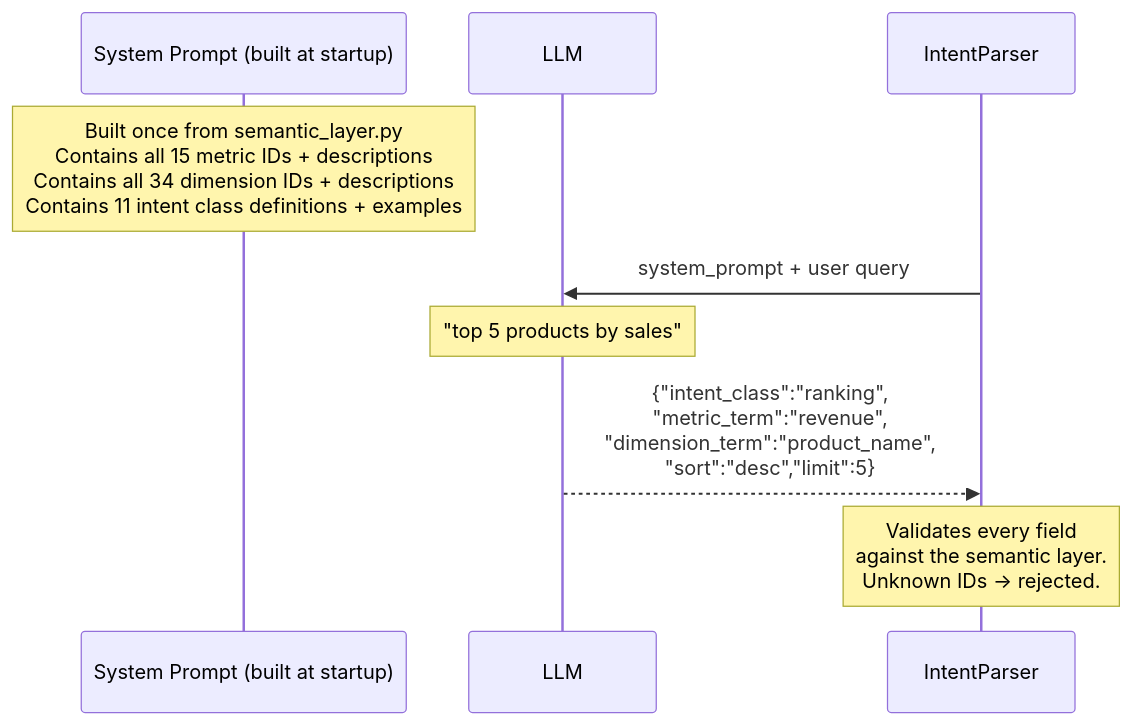
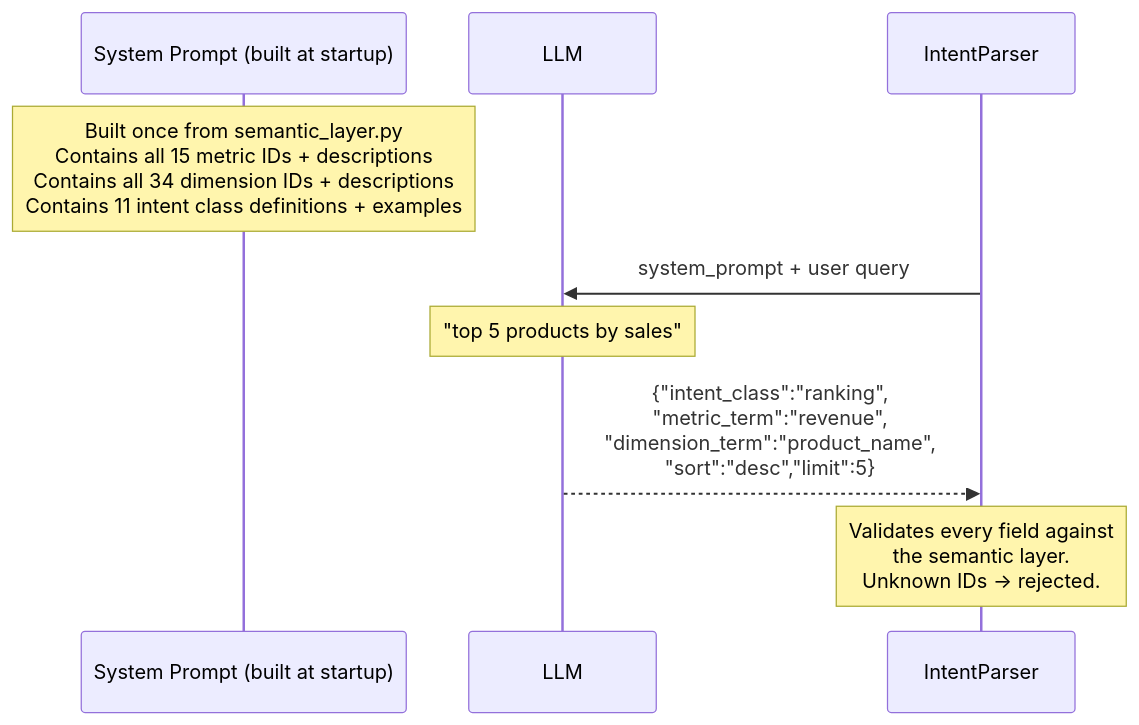
Before and after one commit to md-riaz/AEGIS-Research: the fifth of 9 diagrams in EXPLAINER.md, drawn with Mermaid. The commit also changed other lines of this file, not shown here.

````diff
--- a/EXPLAINER.md
+++ b/EXPLAINER.md
@@ -210,14 +238,14 @@
 ```mermaid
 sequenceDiagram
     participant SP as System Prompt (built at startup)
     participant LLM as LLM
     participant IP as IntentParser
 
     Note over SP: Built once from semantic_layer.py<br/>Contains all 15 metric IDs + descriptions<br/>Contains all 34 dimension IDs + descriptions<br/>Contains 11 intent class definitions + examples
 
     IP->>LLM: system_prompt + user query
     Note over LLM: "top 5 products by sales"
     LLM-->>IP: {"intent_class":"ranking",<br/>"metric_term":"revenue",<br/>"dimension_term":"product_name",<br/>"sort":"desc","limit":5}
 
-    Note over IP: Validates every field<br/>against the semantic layer.<br/>Unknown IDs → rejected.
+    Note over IP: Validates every field against<br/>the semantic layer.<br/>Unknown IDs → rejected.
 ```
````
